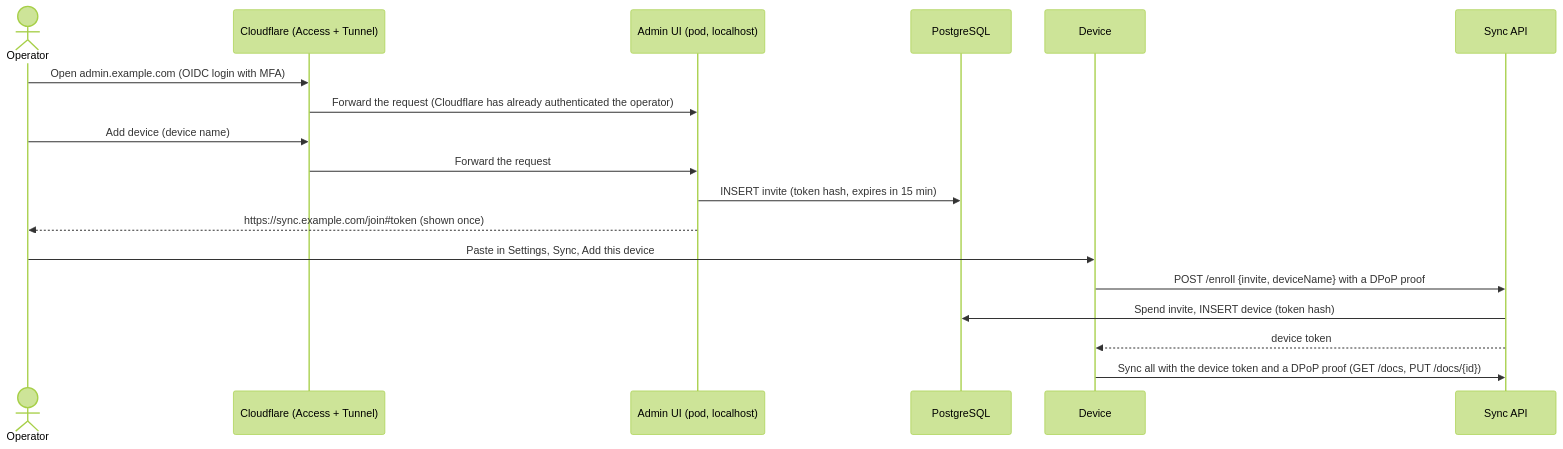
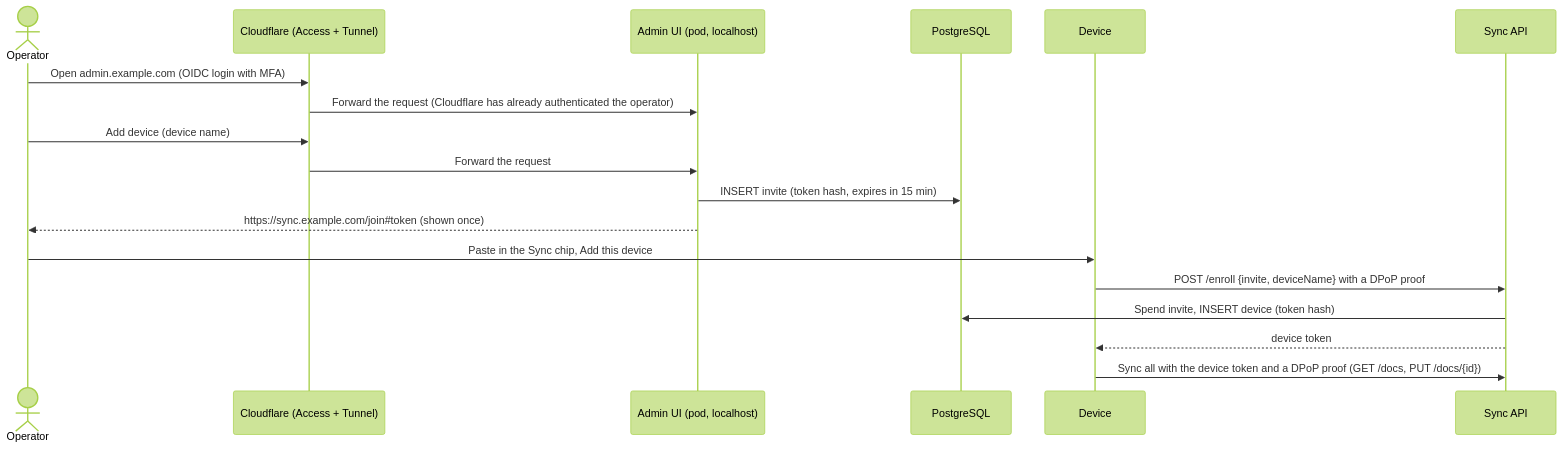
Before and after one commit to cthtrifork/harper-pad: the diagram in backend/cmd/harper-pad-admin/README.md, drawn with Mermaid (forest theme). The commit also changed 1 other file, not shown here.

Commit message:
docs(sync): enrolling starts from the status bar chip, not a Settings screen

````diff
--- a/backend/cmd/harper-pad-admin/README.md
+++ b/backend/cmd/harper-pad-admin/README.md
@@ -27,20 +27,20 @@
 ```mermaid
 sequenceDiagram
   actor Op as Operator
   participant CF as Cloudflare (Access + Tunnel)
   participant Admin as Admin UI (pod, localhost)
   participant DB as PostgreSQL
   participant Dev as Device
   participant API as Sync API
   Op->>CF: Open admin.example.com (OIDC login with MFA)
   CF->>Admin: Forward the request (Cloudflare has already authenticated the operator)
   Op->>CF: Add device (device name)
   CF->>Admin: Forward the request
   Admin->>DB: INSERT invite (token hash, expires in 15 min)
   Admin-->>Op: https://sync.example.com/join#35;token (shown once)
-  Op->>Dev: Paste in Settings, Sync, Add this device
+  Op->>Dev: Paste in the Sync chip, Add this device
   Dev->>API: POST /enroll {invite, deviceName} with a DPoP proof
   API->>DB: Spend invite, INSERT device (token hash)
   API-->>Dev: device token
   Dev->>API: Sync all with the device token and a DPoP proof (GET /docs, PUT /docs/{id})
 ```
````
